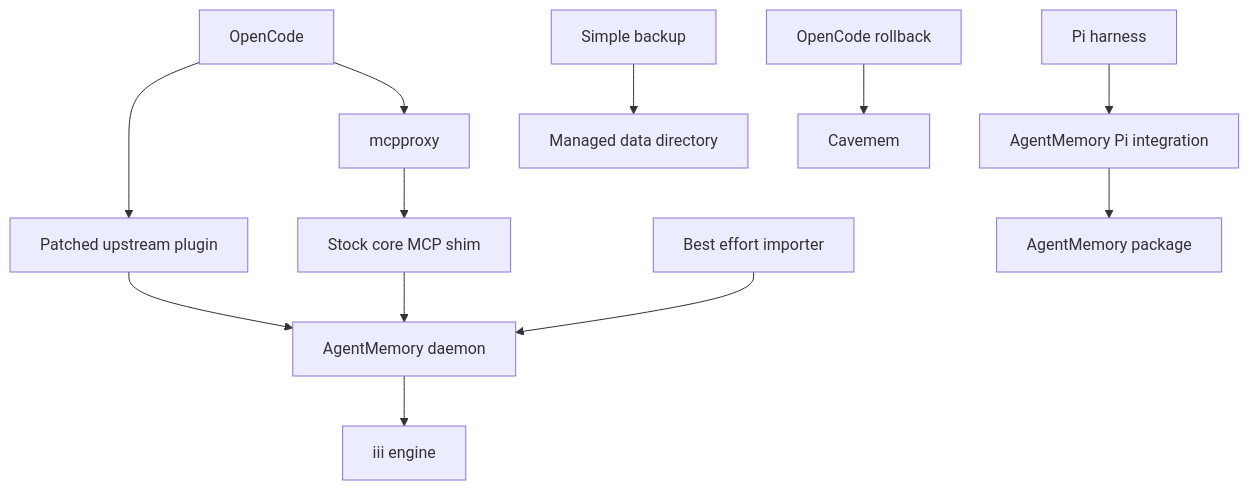
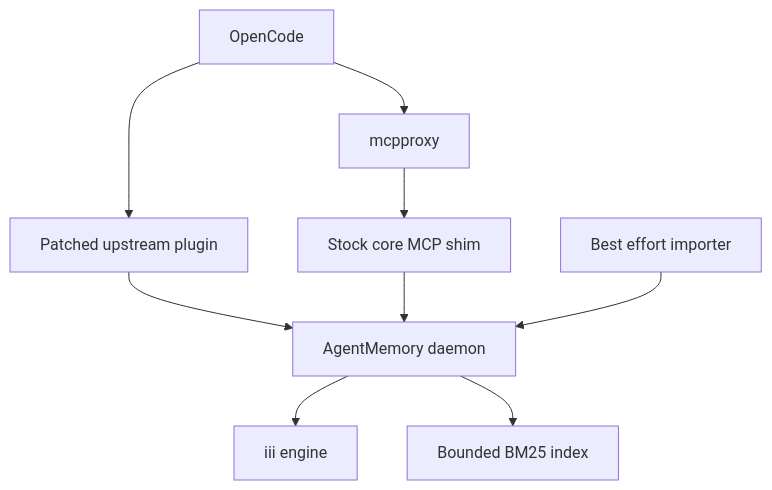
The first of 3 diagrams in .kiro/specs/agentmemory-opencode-migration/design.md (DWSR/nix-config), drawn with Mermaid before and after one commit. The commit also changed other lines of this file and 21 other files, not shown here.

Commit message:
refactor(agentmemory-opencode-migration): remove unsupported rollback and backup paths

````diff
--- a/.kiro/specs/agentmemory-opencode-migration/design.md
+++ b/.kiro/specs/agentmemory-opencode-migration/design.md
@@ -78,14 +88,11 @@
 ```mermaid
 graph TB
     OpenCode[OpenCode] --> Plugin[Patched upstream plugin]
     Plugin --> Daemon[AgentMemory daemon]
     OpenCode --> Mcpproxy[mcpproxy]
     Mcpproxy --> StockMcp[Stock core MCP shim]
     StockMcp --> Daemon
     Daemon --> Engine[iii engine]
+    Daemon --> BoundedIndex[Bounded BM25 index]
     Importer[Best effort importer] --> Daemon
-    Backup[Simple backup] --> Data[Managed data directory]
-    Pi[Pi harness] --> PiAgentMemory[AgentMemory Pi integration]
-    Rollback[OpenCode rollback] --> Cavemem[Cavemem]
-    PiAgentMemory --> Package[AgentMemory package]
 ```
````
